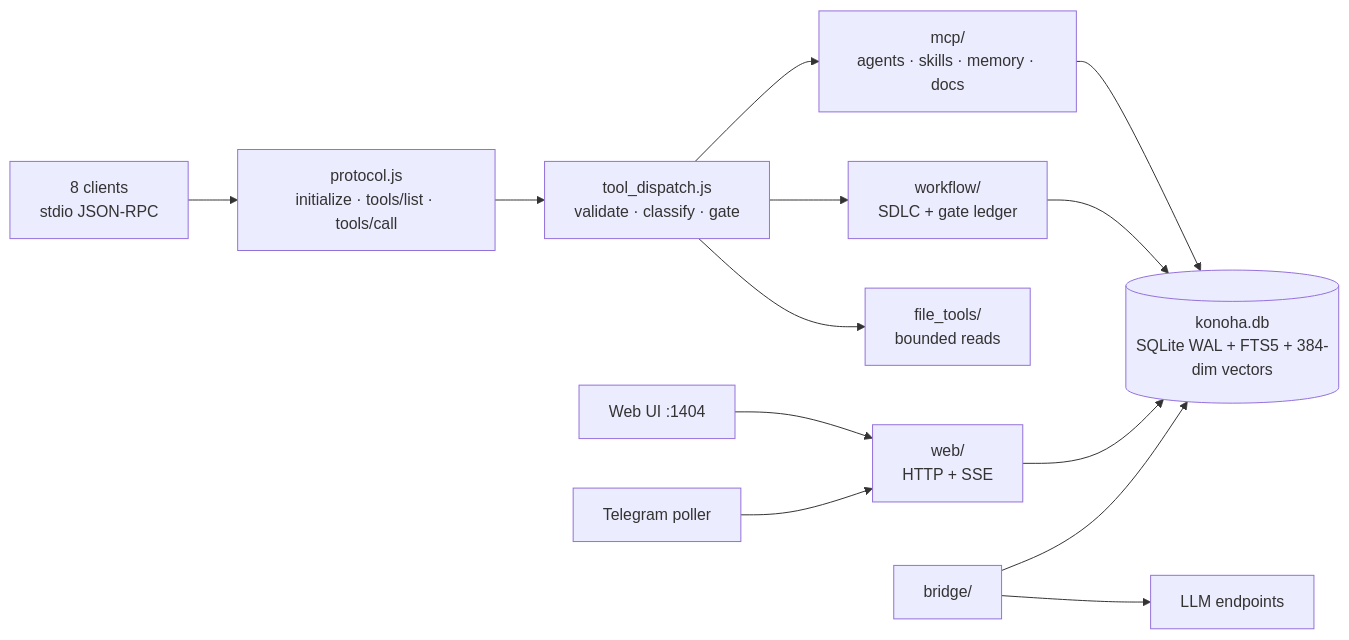
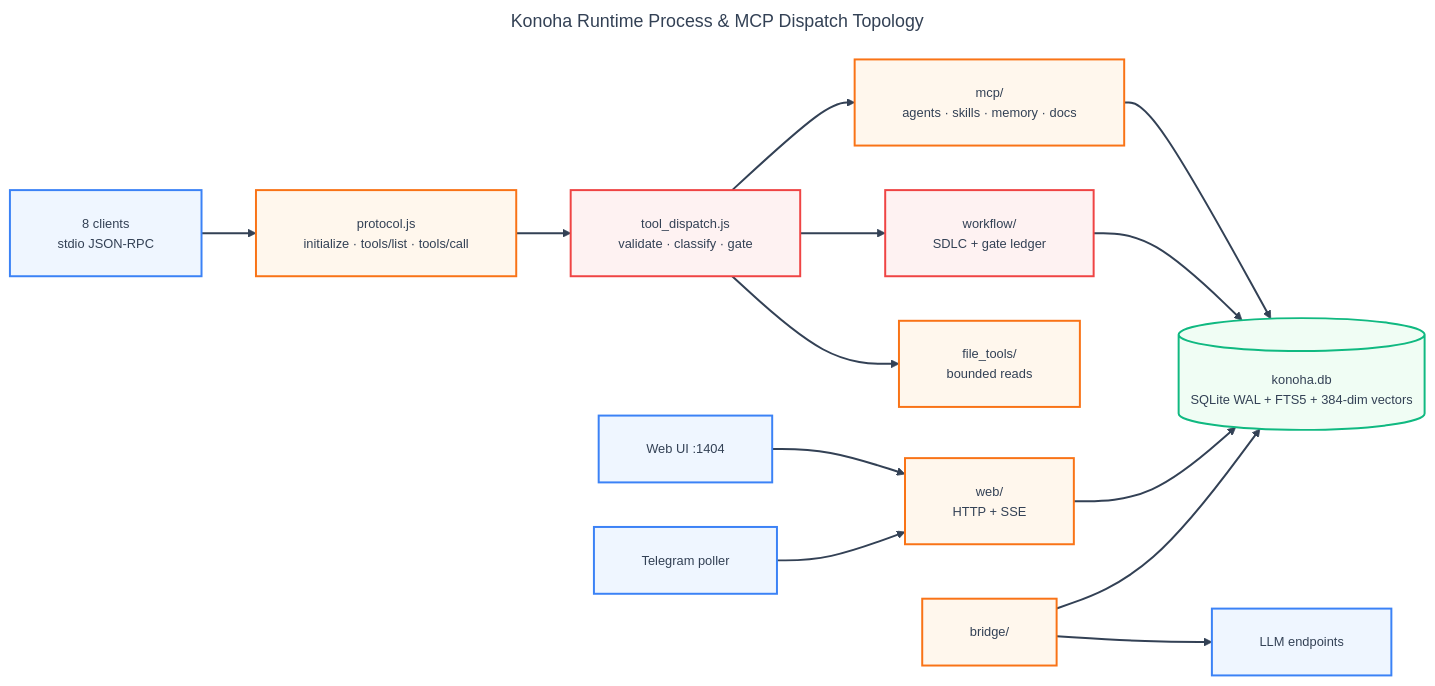
One commit to andycungkrinx91/konoha changed the diagram in docs/MANUAL.md. Above: the diagram before and after it, drawn with Mermaid. The commit also changed other lines of this file and 136 other files, not shown here.

````diff
--- a/docs/MANUAL.md
+++ b/docs/MANUAL.md
@@ -1032,15 +1032,50 @@
 ```mermaid
+---
+title: Konoha Runtime Process & MCP Dispatch Topology
+config:
+  theme: base
+  themeVariables:
+    darkMode: false
+    background: '#ffffff'
+    mainBkg: '#eff6ff'
+    primaryColor: '#eff6ff'
+    primaryTextColor: '#334155'
+    primaryBorderColor: '#3b82f6'
+    lineColor: '#334155'
+    arrowheadColor: '#334155'
+    secondaryColor: '#f8fafc'
+    tertiaryColor: '#f0fdf4'
+    fontFamily: 'Inter, system-ui, -apple-system, sans-serif'
+    fontSize: '13px'
+  flowchart:
+    nodeSpacing: 45
+    rankSpacing: 55
+    padding: 24
+    wrappingWidth: 380
+---
 flowchart LR
   C["8 clients<br/>stdio JSON-RPC"] --> P["protocol.js<br/>initialize · tools/list · tools/call"]
   P --> D["tool_dispatch.js<br/>validate · classify · gate"]
   D --> M["mcp/<br/>agents · skills · memory · docs"]
   D --> W["workflow/<br/>SDLC + gate ledger"]
   D --> F["file_tools/<br/>bounded reads"]
   M --> DB[("konoha.db<br/>SQLite WAL + FTS5 + 384-dim vectors")]
   W --> DB
   U["Web UI :1404"] --> A["web/<br/>HTTP + SSE"]
   A --> DB
   T["Telegram poller"] --> A
   B["bridge/"] --> L["LLM endpoints"]
   B --> DB
+
+  linkStyle default stroke:#334155,stroke-width:2px;
+
+  classDef blueShape fill:#eff6ff,stroke:#3b82f6,color:#334155,stroke-width:2px;
+  classDef orangeShape fill:#fff7ed,stroke:#f97316,color:#334155,stroke-width:2px;
+  classDef greenShape fill:#f0fdf4,stroke:#10b981,color:#334155,stroke-width:2px;
+  classDef redShape fill:#fef2f2,stroke:#ef4444,color:#334155,stroke-width:2px;
+
+  class C,U,T,L blueShape;
+  class P,M,F,A,B orangeShape;
+  class DB greenShape;
+  class D,W redShape;
 ```
````
